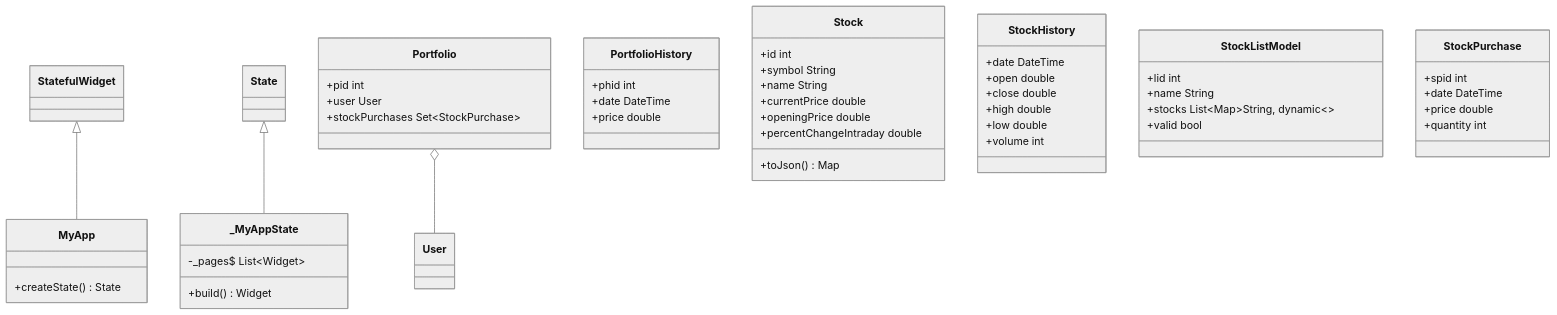
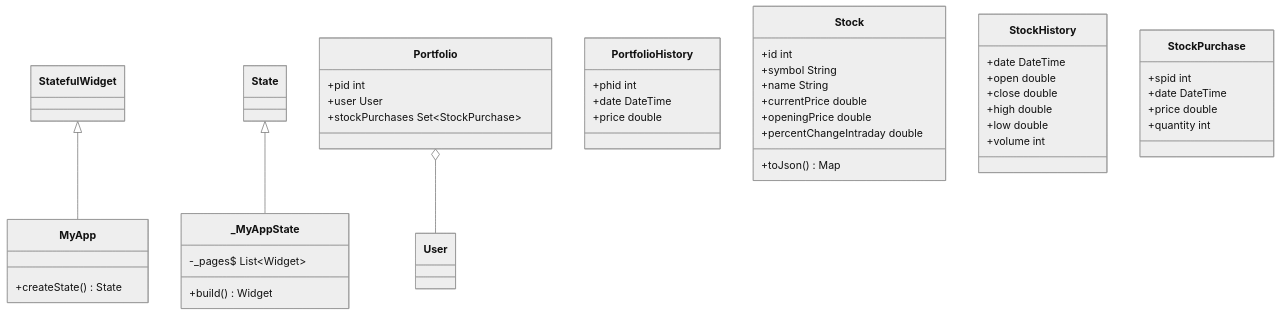
One commit to rednas-source/ExpensesApp changed the diagram in README.md. Above: the diagram before and after it, drawn with Mermaid (neutral theme).

````diff
--- a/README.md
+++ b/README.md
@@ -21,52 +21,47 @@
 ```mermaid
 classDiagram
 class MyApp
 MyApp : +createState() State<MyApp>
 StatefulWidget <|-- MyApp
 
 class _MyAppState
 _MyAppState : -_pages$ List~Widget~
 _MyAppState : +build() Widget
 State <|-- _MyAppState
 
 class Portfolio
 Portfolio : +pid int
 Portfolio : +user User
 Portfolio o-- User
 Portfolio : +stockPurchases Set~StockPurchase~
 
 class PortfolioHistory
 PortfolioHistory : +phid int
 PortfolioHistory : +date DateTime
 PortfolioHistory : +price double
 
 class Stock
 Stock : +id int
 Stock : +symbol String
 Stock : +name String
 Stock : +currentPrice double
 Stock : +openingPrice double
 Stock : +percentChangeIntraday double
 Stock : +toJson() Map<String, dynamic>
 
 class StockHistory
 StockHistory : +date DateTime
 StockHistory : +open double
 StockHistory : +close double
 StockHistory : +high double
 StockHistory : +low double
 StockHistory : +volume int
 
-class StockListModel
-StockListModel : +lid int
-StockListModel : +name String
-StockListModel : +stocks List~Map~String, dynamic~~
-StockListModel : +valid bool
 
 class StockPurchase
 StockPurchase : +spid int
 StockPurchase : +date DateTime
 StockPurchase : +price double
 StockPurchase : +quantity int
 
 ```
````
